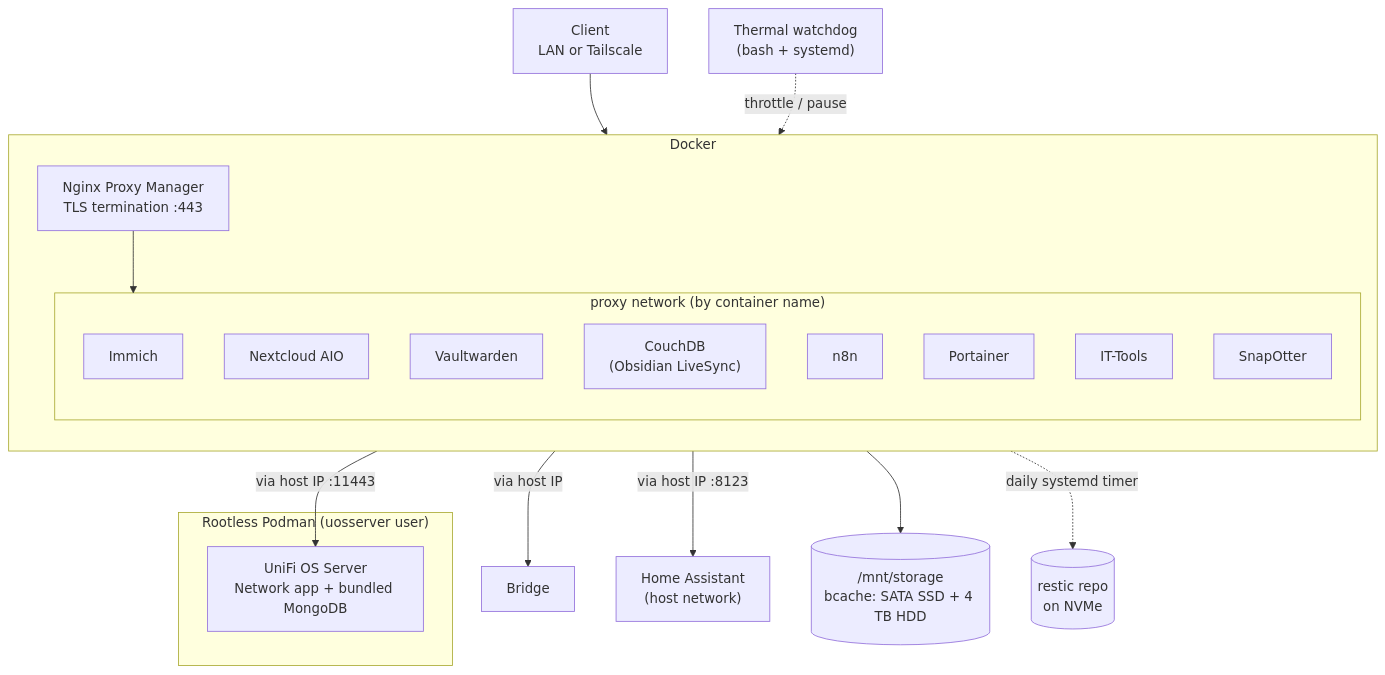
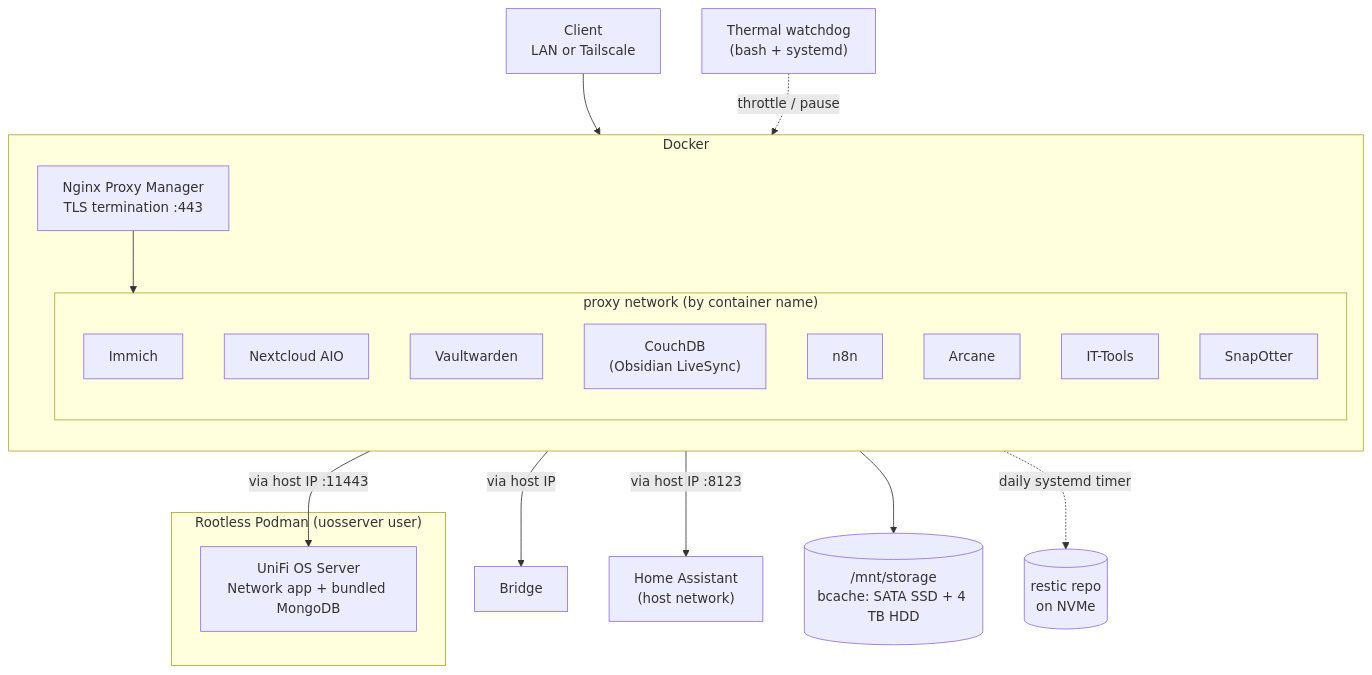
The second of 2 diagrams in README.md (schultzn6619/homelab-documentation), drawn with Mermaid before and after one commit. The commit also changed other lines of this file and 11 other files, not shown here.

Commit message:
Replace Portainer with Arcane

````diff
--- a/README.md
+++ b/README.md
@@ -55,33 +55,33 @@
 ```mermaid
 flowchart TB
     Client[Client<br/>LAN or Tailscale] --> NPM["Nginx Proxy Manager<br/>TLS termination :443"]
 
     subgraph Docker["Docker"]
         direction TB
         NPM
         subgraph Proxy["proxy network (by container name)"]
             Immich
             Nextcloud[Nextcloud AIO]
             Vaultwarden
             CouchDB["CouchDB<br/>(Obsidian LiveSync)"]
             n8n
-            Portainer
+            Arcane
             ITTools[IT-Tools]
             SnapOtter
         end
     end
 
     subgraph Podman["Rootless Podman (uosserver user)"]
         UOS["UniFi OS Server<br/>Network app + bundled MongoDB"]
     end
 
     NPM --> Proxy
     NPM -- "via host IP" --> Bridge
     NPM -- "via host IP :11443" --> UOS
     NPM -- "via host IP :8123" --> HA["Home Assistant<br/>(host network)"]
 
     Proxy --> Storage[("/mnt/storage<br/>bcache: SATA SSD + 4 TB HDD")]
     Proxy -. "daily systemd timer" .-> Backups[("restic repo<br/>on NVMe")]
 
     Watchdog["Thermal watchdog<br/>(bash + systemd)"] -. "throttle / pause" .-> Immich
 ```
````
